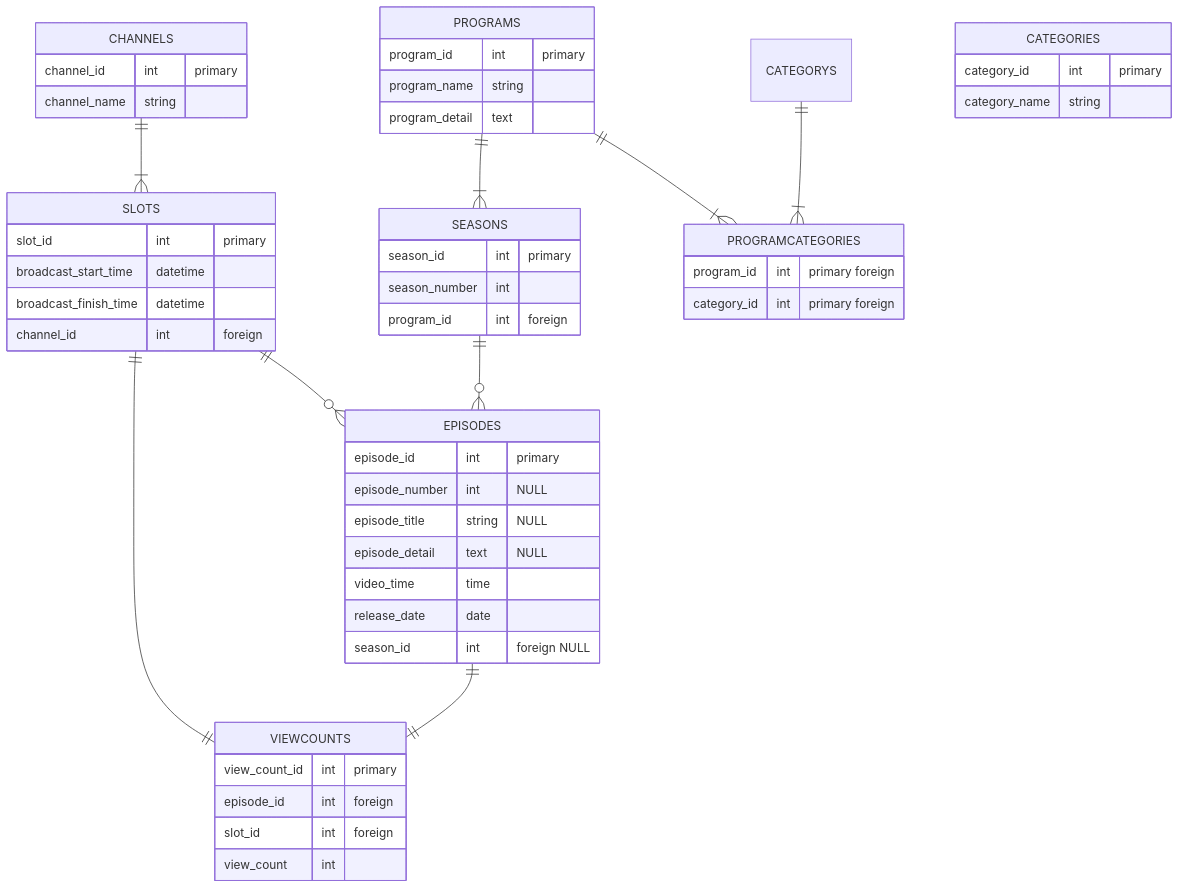
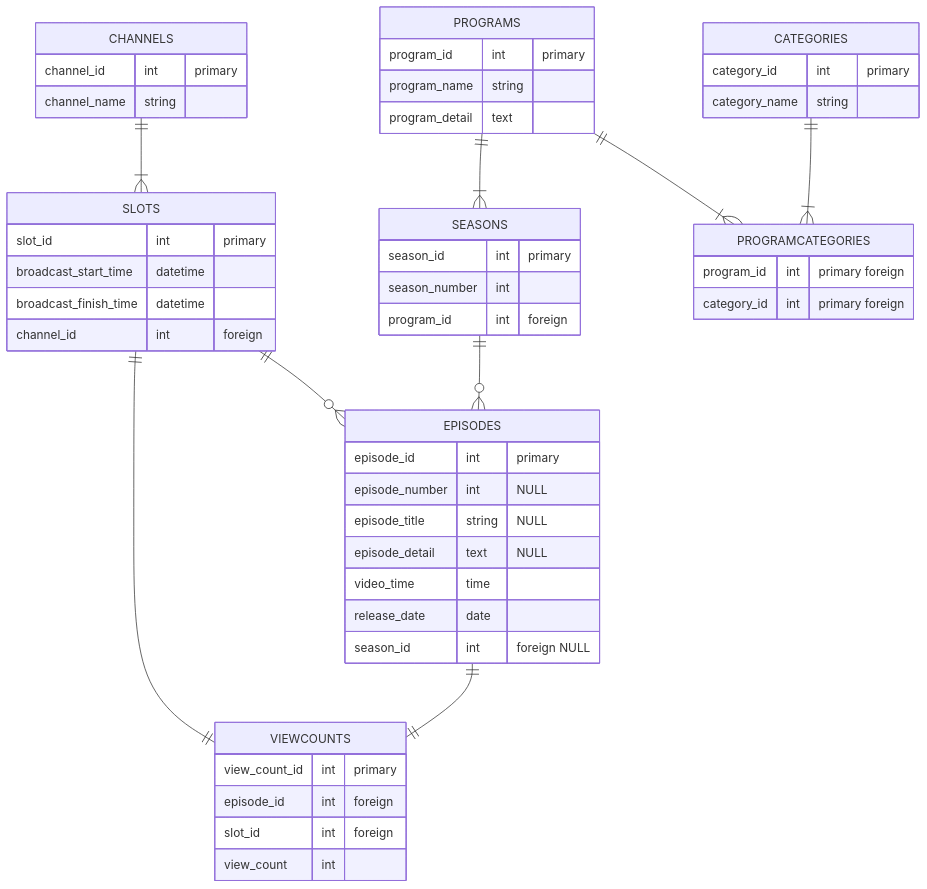
The diagram in abema_db_table.md (peterdo415/abema_db), drawn with Mermaid before and after one commit.

Commit message:
メイン変更、修正

````diff
--- a/abema_db_table.md
+++ b/abema_db_table.md
@@ -3,59 +3,59 @@
 ```mermaid
 
 erDiagram
  CHANNELS ||--|{ SLOTS : ""
  SLOTS ||--o{ EPISODES : ""
  PROGRAMS ||--|{ SEASONS : ""
  SEASONS ||--o{ EPISODES : ""
  PROGRAMS ||--|{ PROGRAMCATEGORIES : ""
- CATEGORYS ||--|{ PROGRAMCATEGORIES : ""
+ CATEGORIES ||--|{ PROGRAMCATEGORIES : ""
  SLOTS ||--|| VIEWCOUNTS : ""
  EPISODES ||--|| VIEWCOUNTS : ""
 
  CHANNELS {
  channel_id int "primary"
  channel_name string 
  }
 
  SLOTS {
  slot_id int "primary"
  broadcast_start_time datetime
  broadcast_finish_time datetime
  channel_id int "foreign"
  }
  PROGRAMS {
  program_id int "primary"
  program_name string
  program_detail text
  }
  SEASONS {
  season_id int "primary"
  season_number int
  program_id int "foreign"
  }
  EPISODES {
  episode_id int "primary"
  episode_number int "NULL"
  episode_title string "NULL"
  episode_detail text "NULL"
  video_time time
  release_date date
  season_id int "foreign NULL"
  }
  VIEWCOUNTS {
  view_count_id int "primary"
  episode_id int "foreign"
  slot_id int "foreign"
  view_count int
  }
  CATEGORIES {
  category_id int "primary"
  category_name string
  }
  
  PROGRAMCATEGORIES {
  program_id int "primary foreign"
  category_id int "primary foreign"
  }
 
 ```
````
